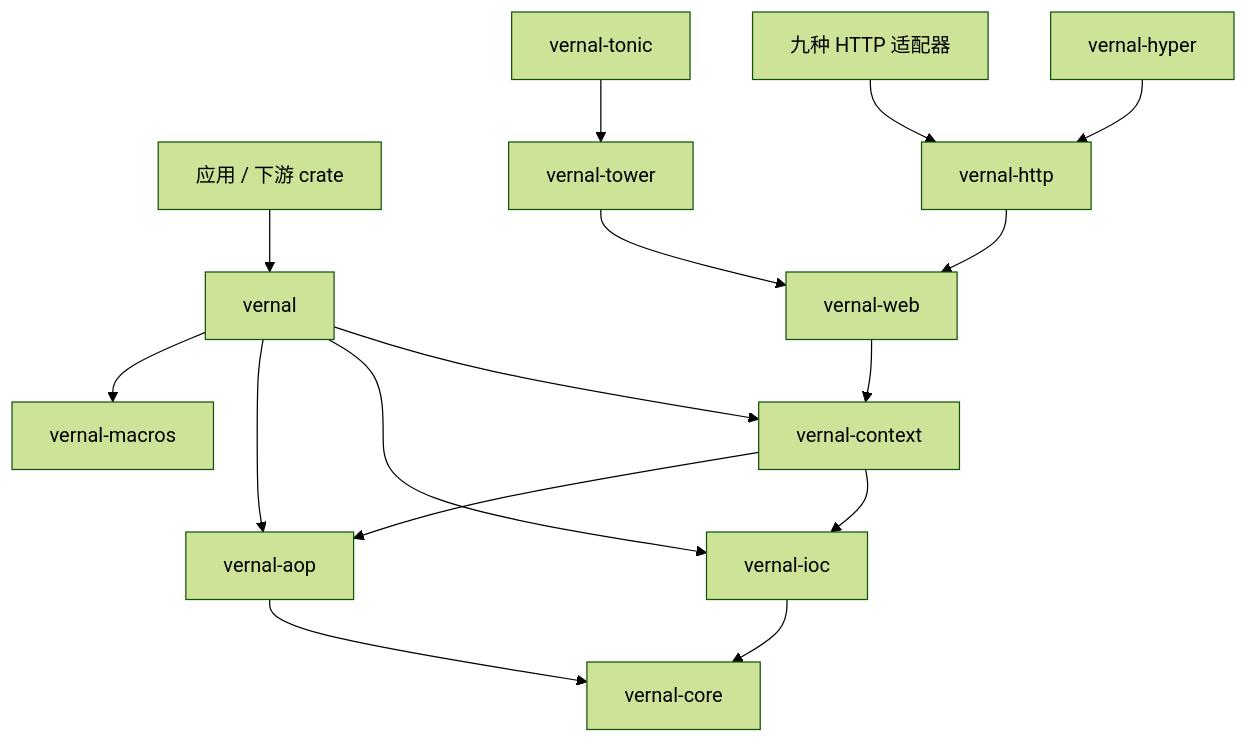
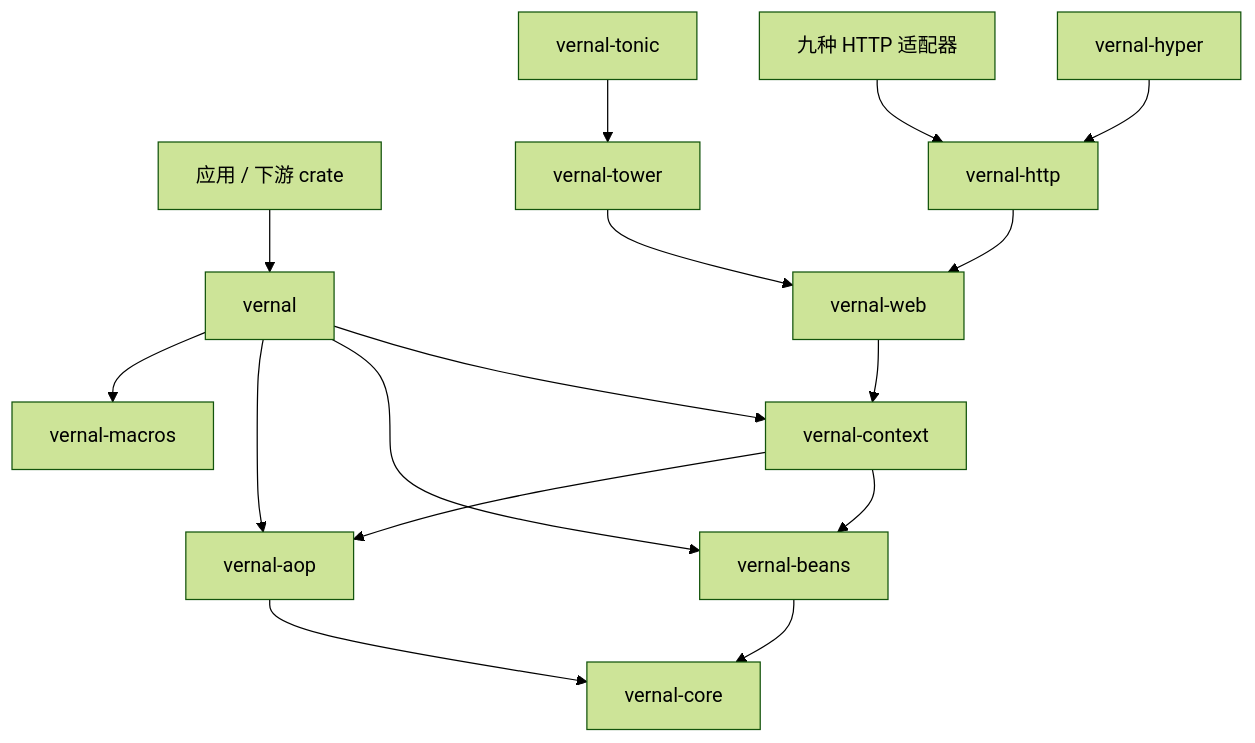
The first of 2 diagrams in README.zh-CN.md (easy-4-rust/vernal), drawn with Mermaid (forest theme) before and after one commit. The commit also changed other lines of this file and 179 other files, not shown here.

First line of the commit message:
refactor: 重命名 vernal-ioc → vernal-beans（对齐 spring-beans）

````diff
--- a/README.zh-CN.md
+++ b/README.zh-CN.md
@@ -181,18 +181,18 @@
 ```mermaid
 flowchart TB
     APP["应用 / 下游 crate"] --> FACADE["vernal"]
     FACADE --> CONTEXT["vernal-context"]
-    FACADE --> IOC["vernal-ioc"]
+    FACADE --> IOC["vernal-beans"]
     FACADE --> AOP["vernal-aop"]
     FACADE --> MACROS["vernal-macros"]
     CONTEXT --> IOC
     CONTEXT --> AOP
     WEB["vernal-web"] --> CONTEXT
     HTTP["vernal-http"] --> WEB
     TOWER["vernal-tower"] --> WEB
     HYPER["vernal-hyper"] --> HTTP
     IOC --> CORE["vernal-core"]
     AOP --> CORE
     HTTPADAPTERS["九种 HTTP 适配器"] --> HTTP
     TONIC["vernal-tonic"] --> TOWER
 ```
````
